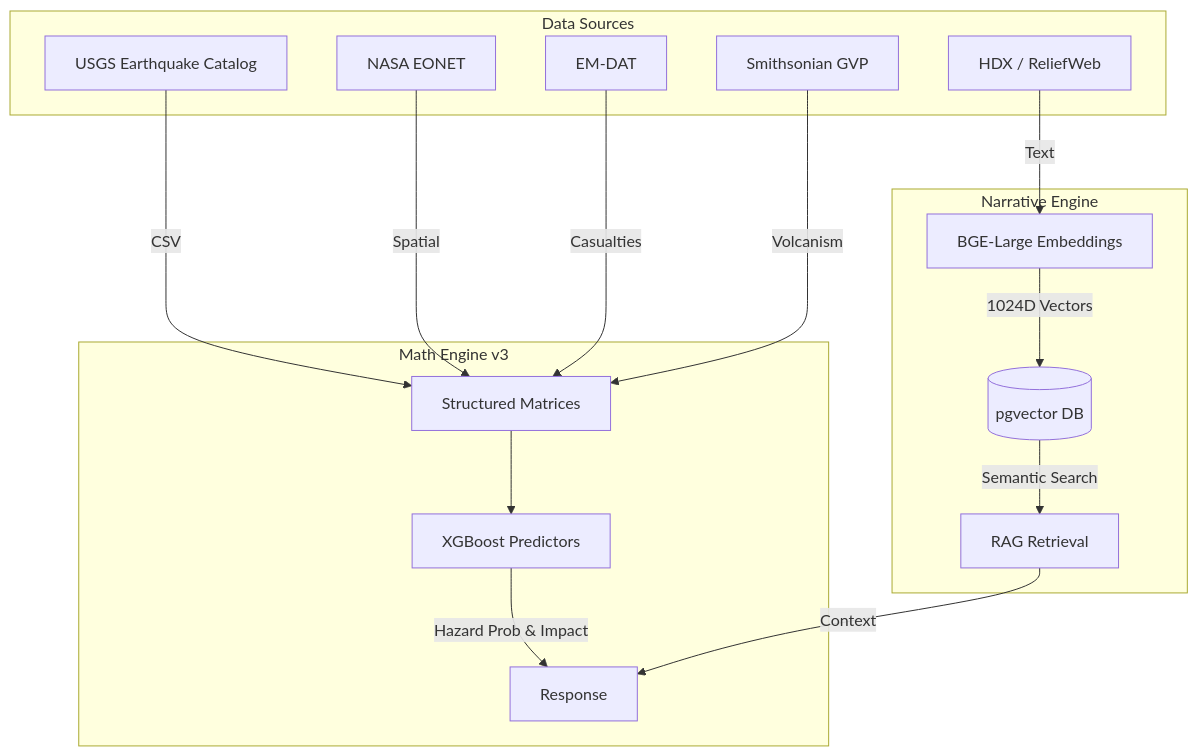
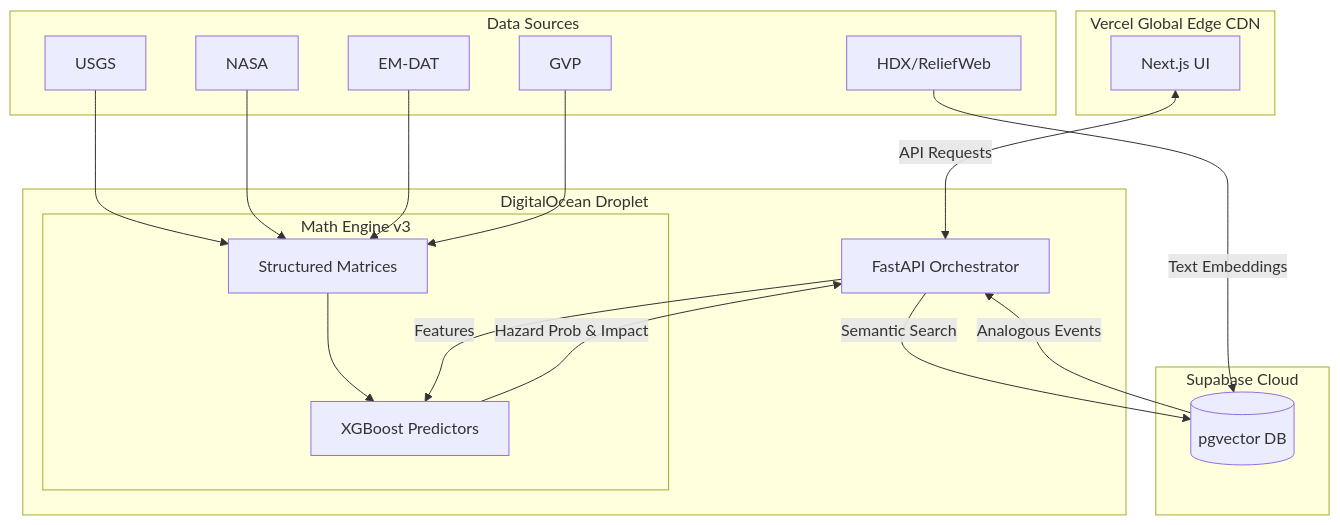
The first of 2 diagrams in README.md (divyanshailani/calamity-matrix-core), drawn with Mermaid before and after one commit. The commit also changed other lines of this file, not shown here.

Commit message:
docs: Update architecture diagram and remove deprecated Qwen LLM integration

````diff
--- a/README.md
+++ b/README.md
@@ -41,26 +39,29 @@
 ```mermaid
 graph TD
-    subgraph Data Sources
-        USGS[USGS Earthquake Catalog]
-        NASA[NASA EONET]
-        EMDAT[EM-DAT]
-        GVP[Smithsonian GVP]
-        HDX[HDX / ReliefWeb]
+    subgraph Frontend [Vercel Global Edge CDN]
+        UI[Next.js UI]
     end
 
-    subgraph Math Engine v3
-        USGS -->|CSV| Matrices[Structured Matrices]
-        NASA -->|Spatial| Matrices
-        EMDAT -->|Casualties| Matrices
-        GVP -->|Volcanism| Matrices
-        Matrices --> XGBoost[XGBoost Predictors]
-        XGBoost -->|Hazard Prob & Impact| Output[Response]
+    subgraph Backend [DigitalOcean Droplet]
+        API[FastAPI Orchestrator]
+        
+        subgraph Math Engine v3
+            Matrices[Structured Matrices] --> XGBoost[XGBoost Predictors]
+        end
     end
 
-    subgraph Narrative Engine
-        HDX -->|Text| BGE[BGE-Large Embeddings]
-        BGE -->|1024D Vectors| PGVector[(pgvector DB)]
-        PGVector -->|Semantic Search| RAG[RAG Retrieval]
-        RAG -->|Context| Output
+    subgraph Database [Supabase Cloud]
+        PGVector[(pgvector DB)]
     end
+    
+    subgraph Data Sources
+        USGS[USGS] & NASA[NASA] & EMDAT[EM-DAT] & GVP[GVP] --> Matrices
+        HDX[HDX/ReliefWeb] -->|Text Embeddings| PGVector
+    end
+
+    UI <-->|API Requests| API
+    API -->|Features| XGBoost
+    API -->|Semantic Search| PGVector
+    XGBoost -->|Hazard Prob & Impact| API
+    PGVector -->|Analogous Events| API
 ```
````
